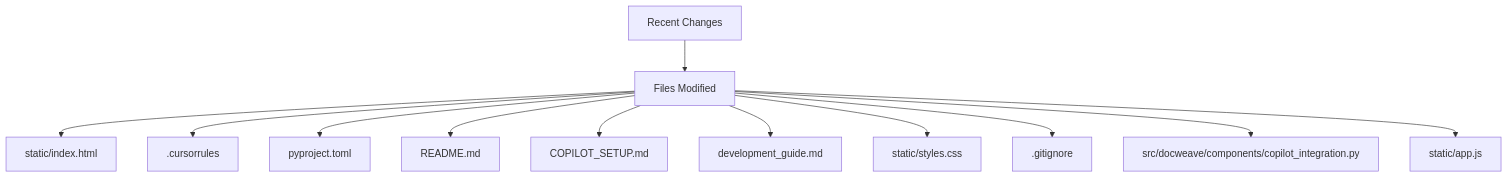
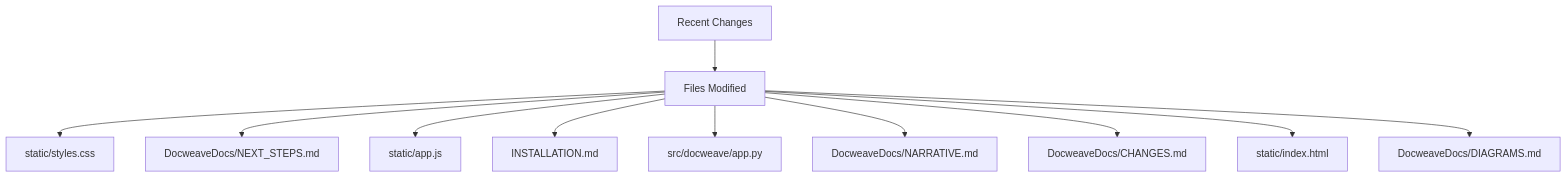
One commit to Juls95/DocWeave changed the sixth of 7 diagrams in DocweaveDocs/DIAGRAMS.md. Above: the diagram before and after it, drawn with Mermaid. The commit also changed other lines of this file and 9 other files, not shown here.

````diff
--- a/DocweaveDocs/DIAGRAMS.md
+++ b/DocweaveDocs/DIAGRAMS.md
@@ -12,14 +139,13 @@
 ```mermaid
 graph TD
     A[Recent Changes] --> B[Files Modified]
-    B --> F1["static/index.html"]
-    B --> F2[".cursorrules"]
-    B --> F3["pyproject.toml"]
-    B --> F4["README.md"]
-    B --> F5["COPILOT_SETUP.md"]
-    B --> F6["development_guide.md"]
-    B --> F7["static/styles.css"]
-    B --> F8[".gitignore"]
-    B --> F9["src/docweave/components/copilot_integration.py"]
-    B --> F10["static/app.js"]
+    B --> F1["static/styles.css"]
+    B --> F2["DocweaveDocs/NEXT_STEPS.md"]
+    B --> F3["static/app.js"]
+    B --> F4["INSTALLATION.md"]
+    B --> F5["src/docweave/app.py"]
+    B --> F6["DocweaveDocs/NARRATIVE.md"]
+    B --> F7["DocweaveDocs/CHANGES.md"]
+    B --> F8["static/index.html"]
+    B --> F9["DocweaveDocs/DIAGRAMS.md"]
 ```
````
